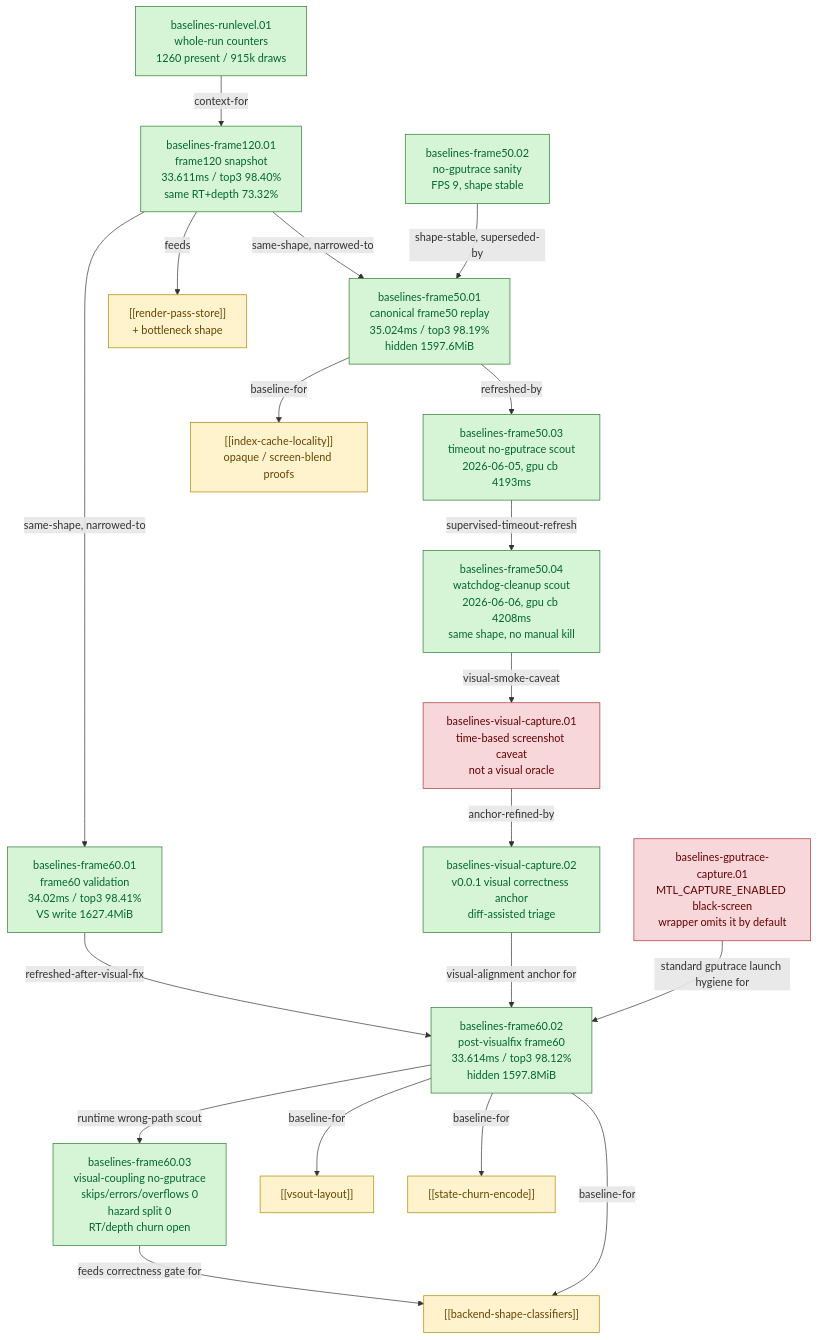
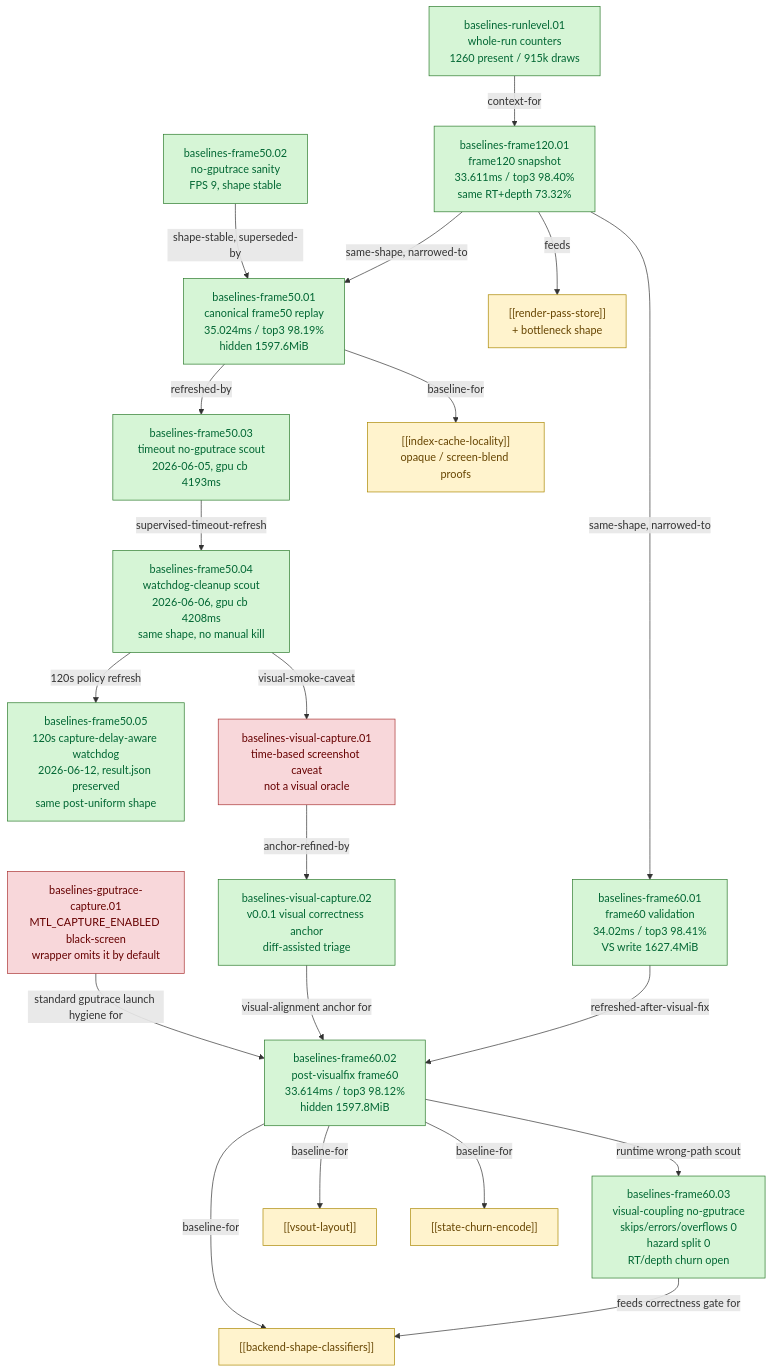
The diagram in docs/perfomance/baselines.md (dfdgsdfg/dxmt9), drawn with Mermaid before and after one commit. The commit also changed other lines of this file and 7 other files, not shown here.

Commit message:
Account for capture delay in GT1 watchdog

````diff
--- a/docs/perfomance/baselines.md
+++ b/docs/perfomance/baselines.md
@@ -58,43 +61,45 @@
 ```mermaid
 flowchart TD
   classDef accepted fill:#d6f5d6,stroke:#2b7a2b,color:#063
   classDef rejected fill:#f8d7da,stroke:#a33,color:#600
   classDef open fill:#fff3cd,stroke:#a80,color:#640
 
   RunLevel["baselines-runlevel.01\nwhole-run counters\n1260 present / 915k draws"]
   F120["baselines-frame120.01\nframe120 snapshot\n33.611ms / top3 98.40%\nsame RT+depth 73.32%"]
   F50["baselines-frame50.01\ncanonical frame50 replay\n35.024ms / top3 98.19%\nhidden 1597.6MiB"]
   F50san["baselines-frame50.02\nno-gputrace sanity\nFPS 9, shape stable"]
   F50to["baselines-frame50.03\ntimeout no-gputrace scout\n2026-06-05, gpu cb 4193ms"]
   F50wd["baselines-frame50.04\nwatchdog-cleanup scout\n2026-06-06, gpu cb 4208ms\nsame shape, no manual kill"]
+  F50wd120["baselines-frame50.05\n120s capture-delay-aware watchdog\n2026-06-12, result.json preserved\nsame post-uniform shape"]
   Visual["baselines-visual-capture.01\ntime-based screenshot caveat\nnot a visual oracle"]
   VisualAnchor["baselines-visual-capture.02\nv0.0.1 visual correctness anchor\ndiff-assisted triage"]
   CaptureEnv["baselines-gputrace-capture.01\nMTL_CAPTURE_ENABLED black-screen\nwrapper omits it by default"]
   F60["baselines-frame60.01\nframe60 validation\n34.02ms / top3 98.41%\nVS write 1627.4MiB"]
   F60post["baselines-frame60.02\npost-visualfix frame60\n33.614ms / top3 98.12%\nhidden 1597.8MiB"]
   F60vc["baselines-frame60.03\nvisual-coupling no-gputrace\nskips/errors/overflows 0\nhazard split 0\nRT/depth churn open"]
 
   RunLevel -->|context-for| F120
   F120 -->|same-shape, narrowed-to| F50
   F120 -->|same-shape, narrowed-to| F60
   F60 -->|refreshed-after-visual-fix| F60post
   F60post -->|runtime wrong-path scout| F60vc
   F50san -->|shape-stable, superseded-by| F50
   F50 -->|refreshed-by| F50to
   F50to -->|supervised-timeout-refresh| F50wd
+  F50wd -->|120s policy refresh| F50wd120
   F50wd -->|visual-smoke-caveat| Visual
   Visual -->|anchor-refined-by| VisualAnchor
   VisualAnchor -->|visual-alignment anchor for| F60post
   CaptureEnv -->|standard gputrace launch hygiene for| F60post
   F60vc -->|feeds correctness gate for| Backend
 
   F120 -->|feeds| Store["[[render-pass-store]]\n+ bottleneck shape"]
   F50 -->|baseline-for| IdxCache["[[index-cache-locality]]\nopaque / screen-blend proofs"]
   F60post -->|baseline-for| VSOut["[[vsout-layout]]"]
   F60post -->|baseline-for| Backend["[[backend-shape-classifiers]]"]
   F60post -->|baseline-for| Churn["[[state-churn-encode]]"]
 
-  class F120,F50,F50san,F50to,F50wd,F60,F60post,F60vc,RunLevel,VisualAnchor accepted
+  class F120,F50,F50san,F50to,F50wd,F50wd120,F60,F60post,F60vc,RunLevel,VisualAnchor accepted
   class Visual,CaptureEnv rejected
   class Store,IdxCache,VSOut,Backend,Churn open
 ```
````
